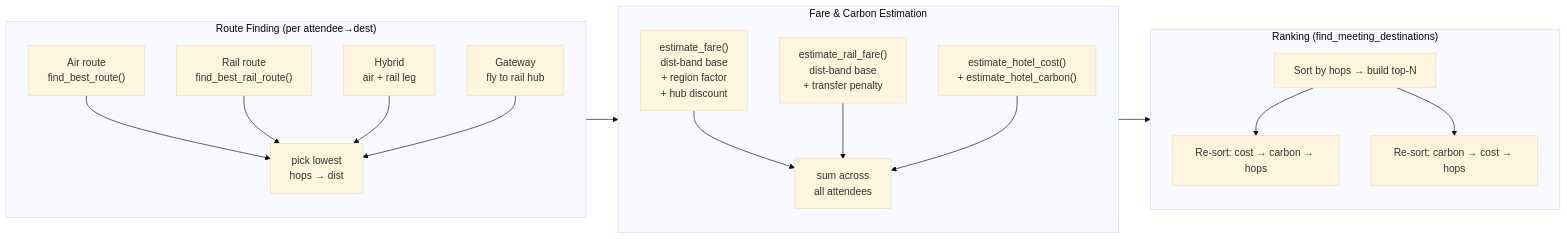
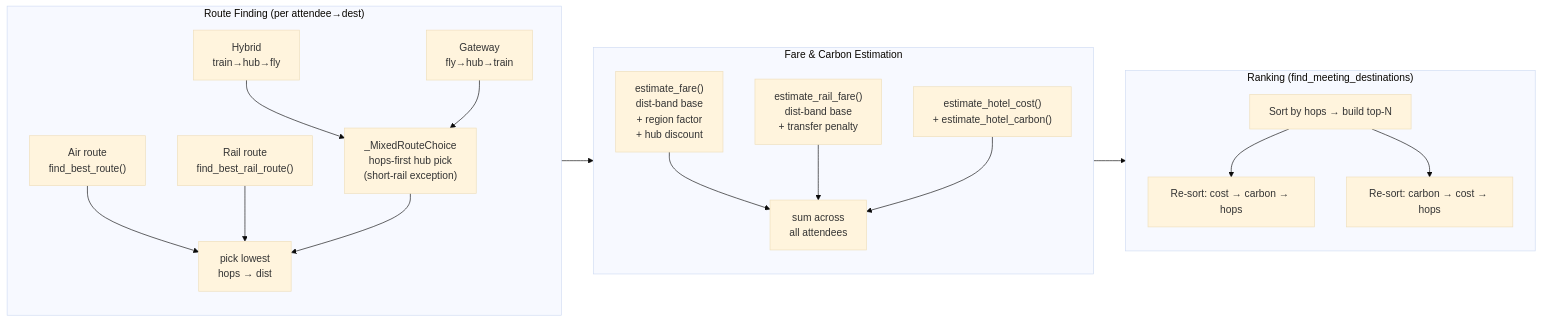
The third of 3 diagrams in docs/architecture.md (jeantine/meeting-calculator), drawn with Mermaid (base theme) before and after one commit. The commit also changed other lines of this file and 3 other files, not shown here.

First line of the commit message:
Fix mixed-mode hub choice (hops-first) and group multi-airport cities

````diff
--- a/docs/architecture.md
+++ b/docs/architecture.md
@@ -52,38 +52,40 @@
 ```mermaid
 flowchart LR
     subgraph Routing["Route Finding (per attendee→dest)"]
         direction TB
         Air["Air route\nfind_best_route()"]
         Rail["Rail route\nfind_best_rail_route()"]
-        Hybrid["Hybrid\nair + rail leg"]
-        GW["Gateway\nfly to rail hub"]
+        Hybrid["Hybrid\ntrain→hub→fly"]
+        GW["Gateway\nfly→hub→train"]
+        MixedSel["_MixedRouteChoice\nhops-first hub pick\n(short-rail exception)"]
         Best["pick lowest\nhops → dist"]
         Air --> Best
         Rail --> Best
-        Hybrid --> Best
-        GW --> Best
+        Hybrid --> MixedSel
+        GW --> MixedSel
+        MixedSel --> Best
     end
 
     subgraph Scoring["Fare & Carbon Estimation"]
         direction TB
         Fare["estimate_fare()\ndist-band base\n+ region factor\n+ hub discount"]
         RailFare["estimate_rail_fare()\ndist-band base\n+ transfer penalty"]
         Hotel["estimate_hotel_cost()\n+ estimate_hotel_carbon()"]
         Total["sum across\nall attendees"]
         Fare --> Total
         RailFare --> Total
         Hotel --> Total
     end
 
     subgraph Ranking["Ranking (find_meeting_destinations)"]
         direction TB
         HopsFirst["Sort by hops → build top-N"]
         RedisplayC["Re-sort: cost → carbon → hops"]
         RedisplayGr["Re-sort: carbon → cost → hops"]
         HopsFirst --> RedisplayC
         HopsFirst --> RedisplayGr
     end
 
     Best --> Scoring
     Scoring --> Ranking
 ```
````
